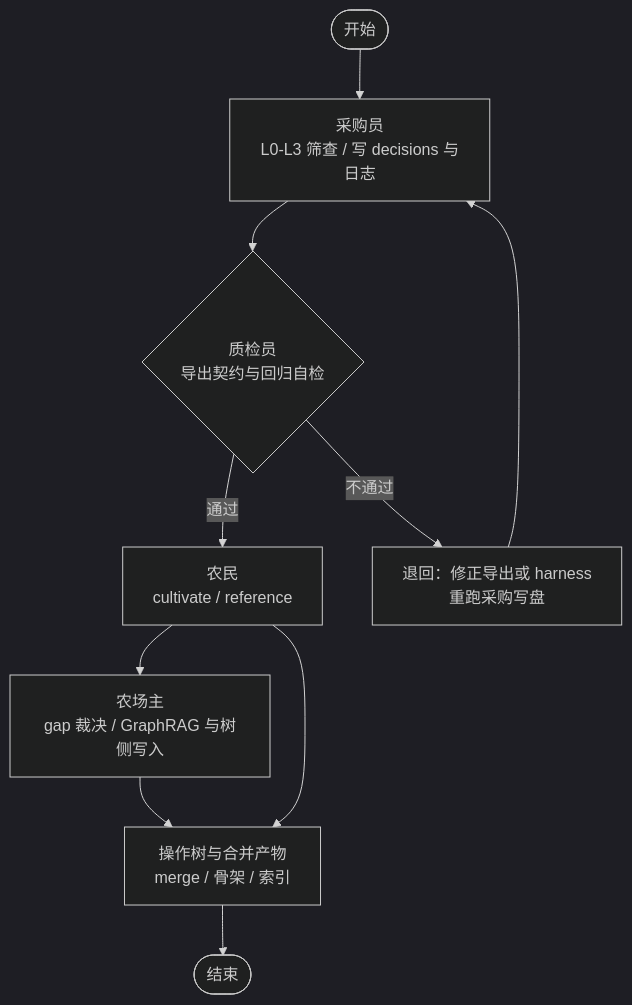
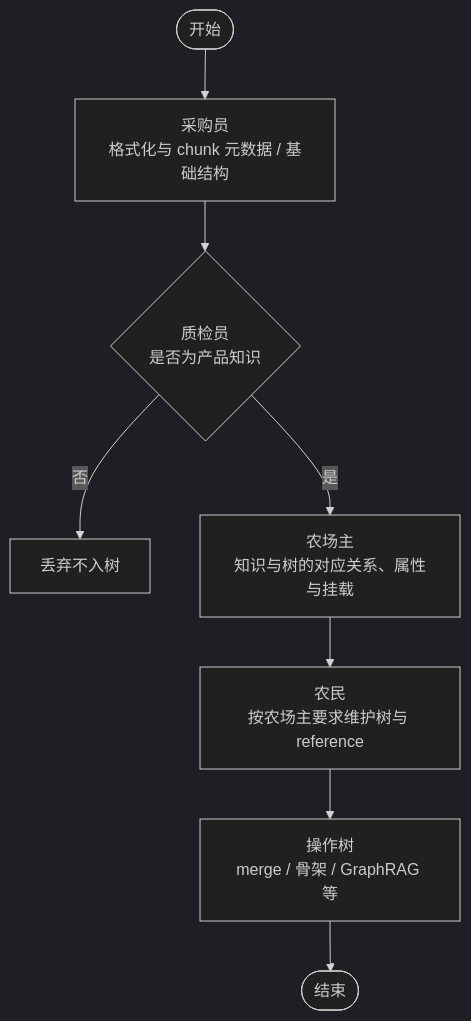
Before and after one commit to qingshanfeihu/camel: the diagram in INAGENT/docs/agents/sessions/07-quality-inspector.md, drawn with Mermaid (dark theme). The commit also changed other lines of this file and 18 other files, not shown here.

````diff
--- a/INAGENT/docs/agents/sessions/07-quality-inspector.md
+++ b/INAGENT/docs/agents/sessions/07-quality-inspector.md
@@ -11,20 +11,15 @@
 ```mermaid
 flowchart TD
   S([开始])
-  P[采购员<br/>L0-L3 筛查 / 写 decisions 与日志]
-  Q{质检员<br/>导出契约与回归自检}
-  R[退回：修正导出或 harness<br/>重跑采购写盘]
-  F[农民<br/>cultivate / reference]
-  FO[农场主<br/>gap 裁决 / GraphRAG 与树侧写入]
-  T[操作树与合并产物<br/>merge / 骨架 / 索引]
+  P[采购员<br/>格式化与 chunk 元数据 / 基础结构]
+  Q{质检员<br/>是否为产品知识}
+  D[丢弃不入树]
+  FO[农场主<br/>知识与树的对应关系、属性与挂载]
+  FM[农民<br/>按农场主要求维护树与 reference]
+  T[操作树<br/>merge / 骨架 / GraphRAG 等]
   E([结束])
 
   S --> P --> Q
-  Q -->|通过| F
-  Q -->|不通过| R
-  R --> P
-  F --> FO
-  F --> T
-  FO --> T
-  T --> E
+  Q -->|否| D
+  Q -->|是| FO --> FM --> T --> E
 ```
````
